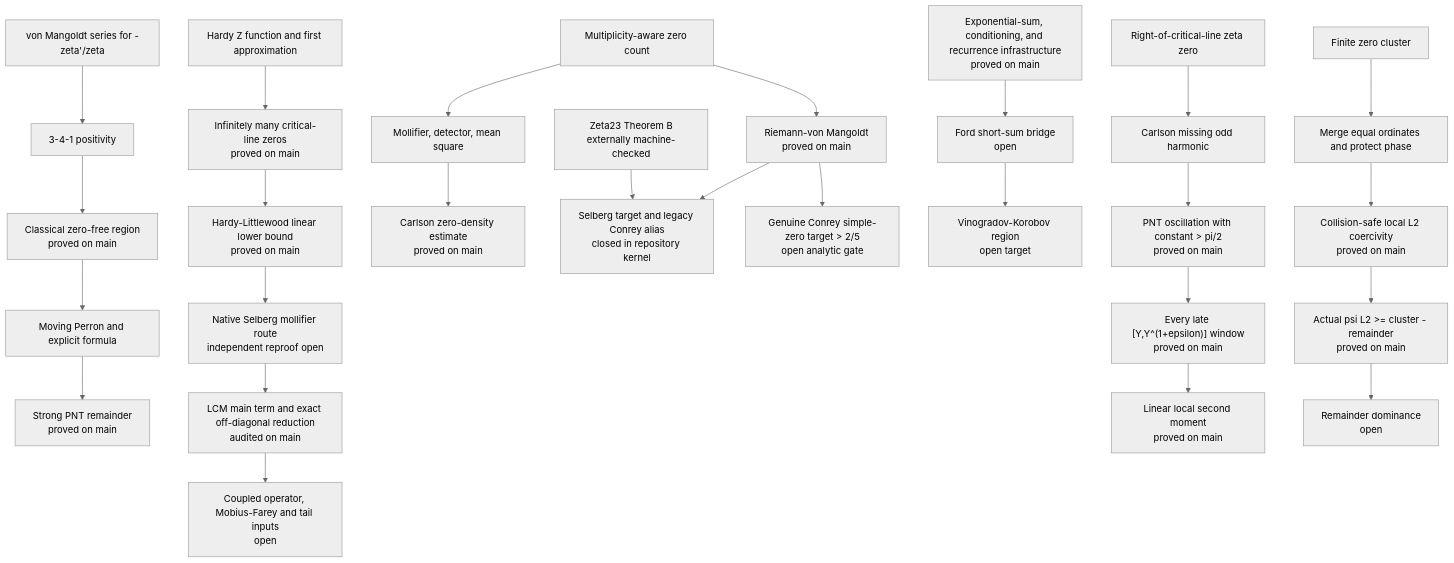
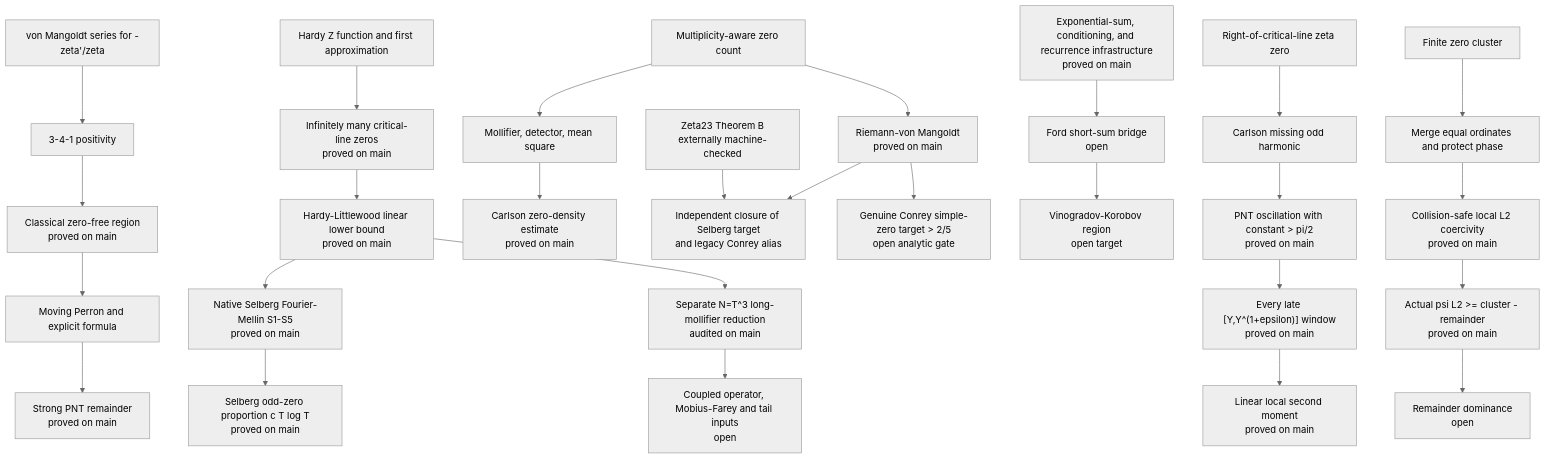
Before and after one commit to cc-chen-tech/riemann-pnt-lean4: the diagram in README.md, drawn with Mermaid (neutral theme). The commit also changed other lines of this file and 9 other files, not shown here.

Commit message:
docs(selberg): mark native mainline proved

````diff
--- a/README.md
+++ b/README.md
@@ -386,34 +393,35 @@
 ```mermaid
 flowchart TD
     A["von Mangoldt series for -zeta'/zeta"] --> B["3-4-1 positivity"]
     B --> C["Classical zero-free region<br/>proved on main"]
     C --> D["Moving Perron and explicit formula"]
     D --> E["Strong PNT remainder<br/>proved on main"]
 
     F["Hardy Z function and first approximation"] --> G["Infinitely many critical-line zeros<br/>proved on main"]
     G --> H["Hardy-Littlewood linear lower bound<br/>proved on main"]
-    H --> I["Native Selberg mollifier route<br/>independent reproof open"]
-    I --> IA["LCM main term and exact off-diagonal reduction<br/>audited on main"]
+    H --> I["Native Selberg Fourier-Mellin S1-S5<br/>proved on main"]
+    I --> IZ["Selberg odd-zero proportion c T log T<br/>proved on main"]
+    H --> IA["Separate N=T^3 long-mollifier reduction<br/>audited on main"]
     IA --> IB["Coupled operator, Mobius-Farey and tail inputs<br/>open"]
 
     J["Multiplicity-aware zero count"] --> K["Riemann-von Mangoldt<br/>proved on main"]
     J --> L["Mollifier, detector, mean square"]
     L --> M["Carlson zero-density estimate<br/>proved on main"]
 
-    ZA["Zeta23 Theorem B<br/>externally machine-checked"] --> ZB["Selberg target and legacy Conrey alias<br/>closed in repository kernel"]
+    ZA["Zeta23 Theorem B<br/>externally machine-checked"] --> ZB["Independent closure of Selberg target<br/>and legacy Conrey alias"]
     K --> ZB
     K --> ZC["Genuine Conrey simple-zero target > 2/5<br/>open analytic gate"]
 
     N["Exponential-sum, conditioning, and recurrence infrastructure<br/>proved on main"] --> O["Ford short-sum bridge<br/>open"]
     O --> P["Vinogradov-Korobov region<br/>open target"]
 
     Q["Right-of-critical-line zeta zero"] --> R["Carlson missing odd harmonic"]
     R --> S["PNT oscillation with constant > pi/2<br/>proved on main"]
     S --> T["Every late [Y,Y^(1+epsilon)] window<br/>proved on main"]
     T --> U["Linear local second moment<br/>proved on main"]
 
     V["Finite zero cluster"] --> W["Merge equal ordinates and protect phase"]
     W --> X["Collision-safe local L2 coercivity<br/>proved on main"]
     X --> Y["Actual psi L2 >= cluster - remainder<br/>proved on main"]
     Y --> Z["Remainder dominance<br/>open"]
 ```
````
